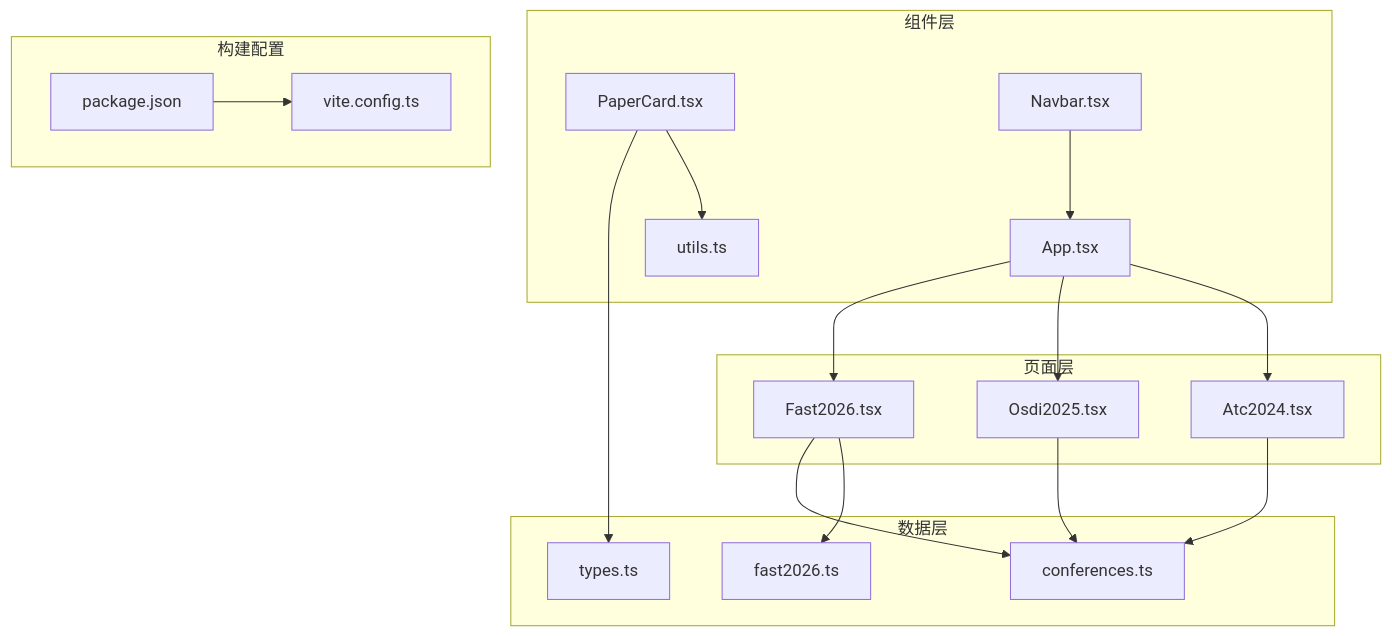
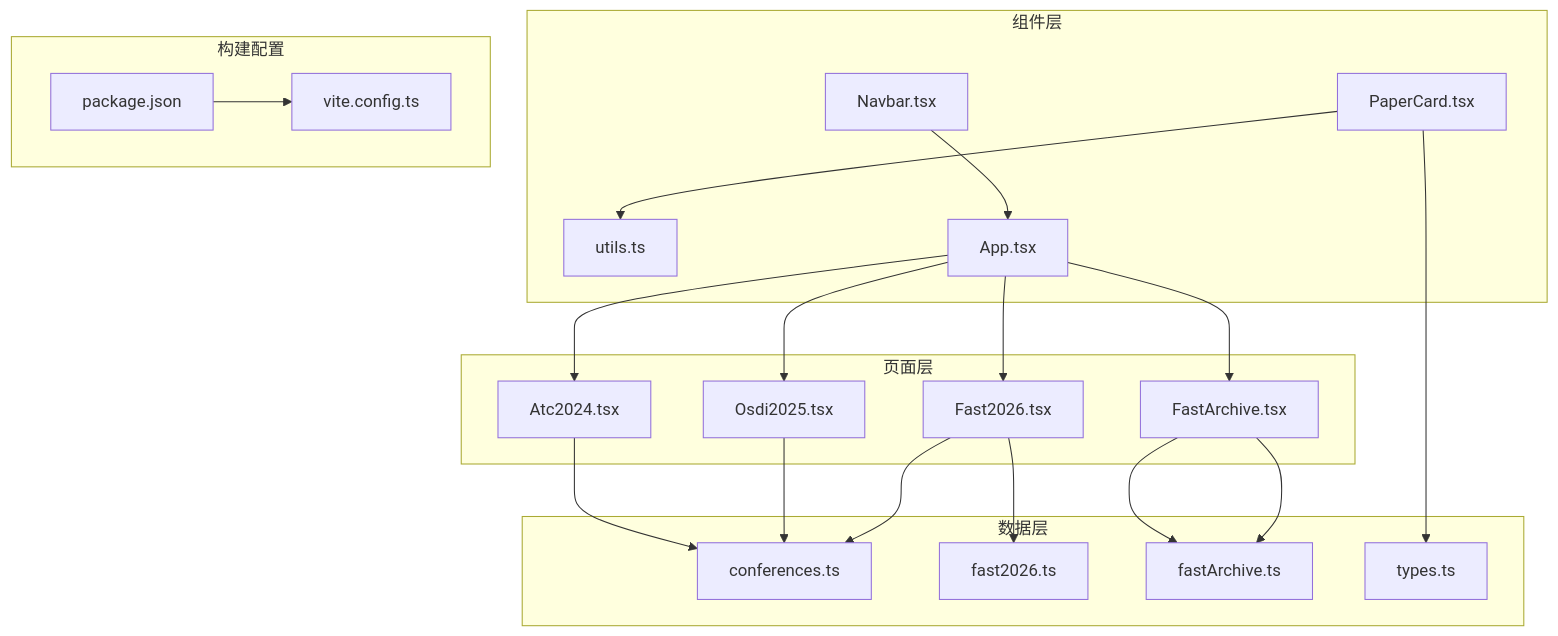
Before and after one commit to erikliu123/storage_ai_blog: the first of 3 diagrams in .qoder/repowiki/zh/content/页面组件/会议专题页面.md, drawn with Mermaid. The commit also changed other lines of this file and 10 other files, not shown here.

Commit message:
fix: Add missing FAST 2023 learned-index, cloud-block, nvme-queue architecture diagrams

````diff
--- a/.qoder/repowiki/zh/content/页面组件/会议专题页面.md
+++ b/.qoder/repowiki/zh/content/页面组件/会议专题页面.md
@@ -42,34 +46,39 @@
 ```mermaid
 graph TB
 subgraph "页面层"
 F2026["Fast2026.tsx"]
+FA["FastArchive.tsx"]
 O2025["Osdi2025.tsx"]
 A2024["Atc2024.tsx"]
 end
 subgraph "数据层"
 CONF["conferences.ts"]
 F2026DATA["fast2026.ts"]
+FARCHIVE["fastArchive.ts"]
 TYPES["types.ts"]
 end
 subgraph "组件层"
 PC["PaperCard.tsx"]
 UTILS["utils.ts"]
 NAV["Navbar.tsx"]
 APP["App.tsx"]
 end
 subgraph "构建配置"
 PKG["package.json"]
 VITE["vite.config.ts"]
 end
 F2026 --> CONF
+FA --> FARCHIVE
 O2025 --> CONF
 A2024 --> CONF
 F2026 --> F2026DATA
+FA --> FARCHIVE
 PC --> TYPES
 PC --> UTILS
 NAV --> APP
 APP --> F2026
+APP --> FA
 APP --> O2025
 APP --> A2024
 PKG --> VITE
 ```
````
